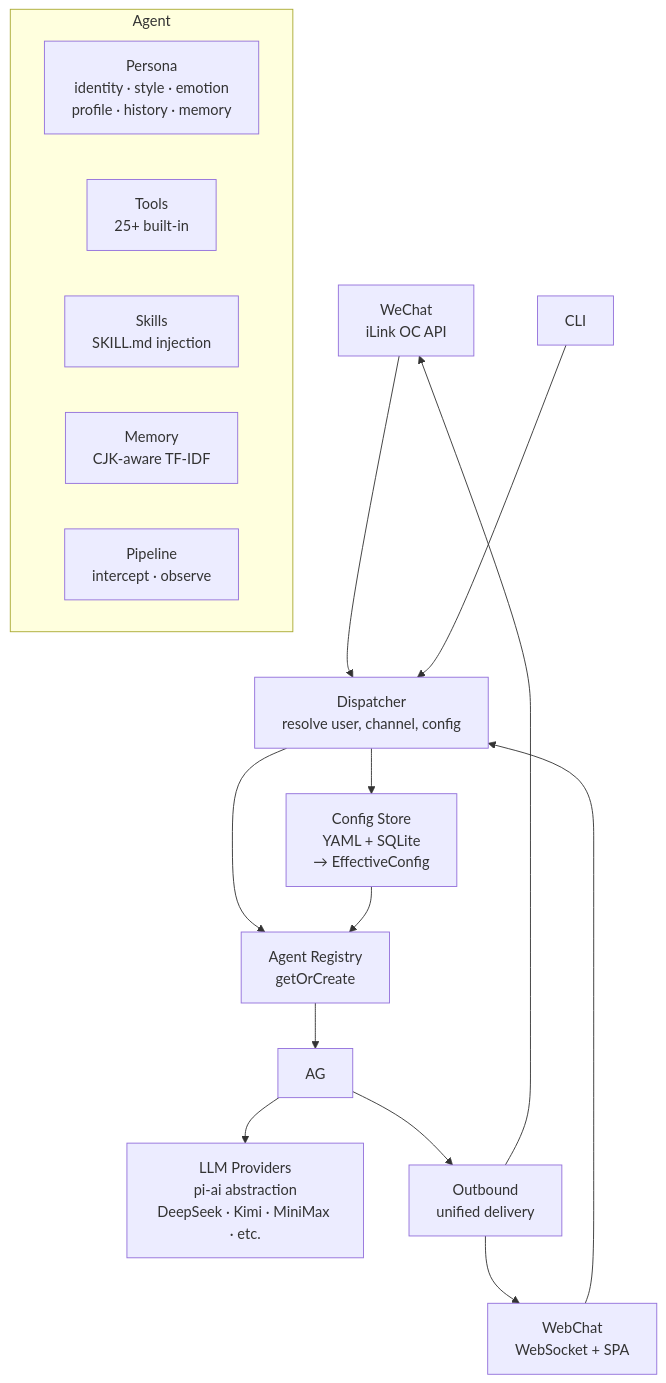
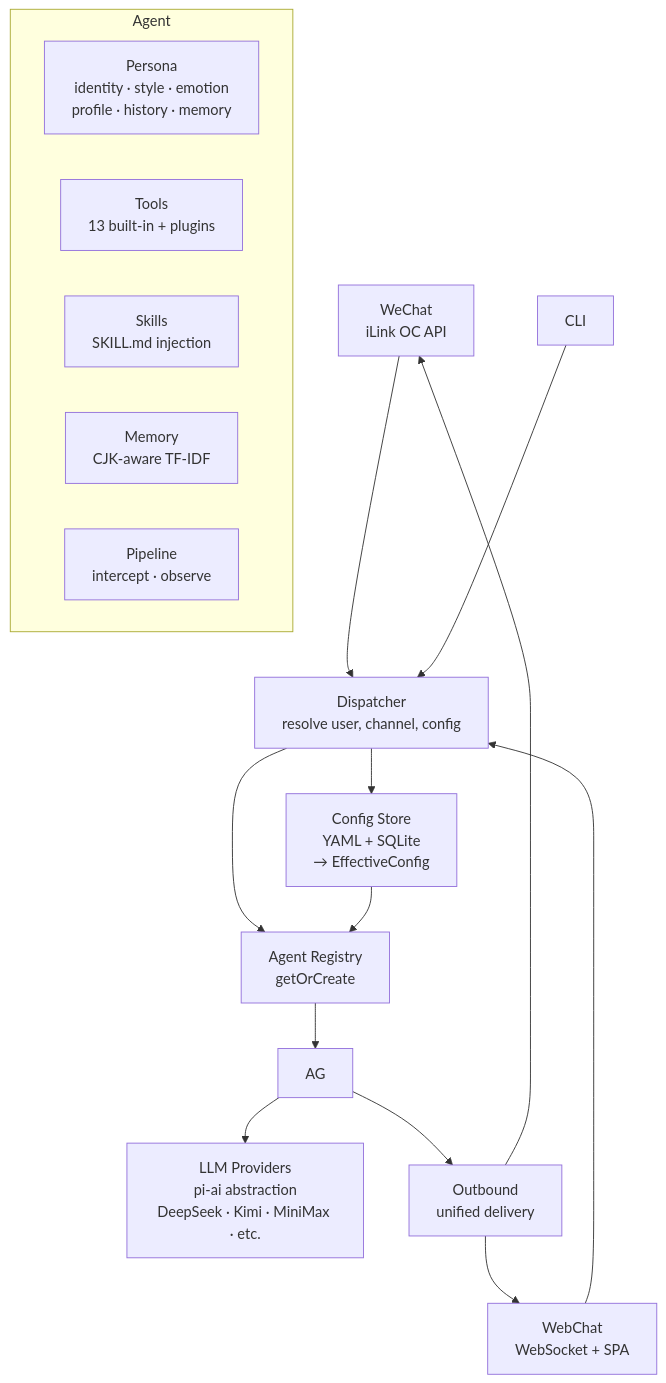
One commit to counhopig/vex-bot changed the diagram in README.md. Above: the diagram before and after it, drawn with Mermaid. The commit also changed other lines of this file and 4 other files, not shown here.

````diff
--- a/README.md
+++ b/README.md
@@ -59,26 +59,26 @@
 ```mermaid
 flowchart TD
     WX[WeChat<br/>iLink OC API] --> DP
     WC[WebChat<br/>WebSocket + SPA] --> DP
     CLI[CLI] --> DP
 
     DP[Dispatcher<br/>resolve user, channel, config] --> AR
     DP --> CF
 
     CF[Config Store<br/>YAML + SQLite<br/>→ EffectiveConfig] --> AR
 
     AR[Agent Registry<br/>getOrCreate] --> AG
 
     subgraph Agent
         PS[Persona<br/>identity · style · emotion<br/>profile · history · memory]
-        TL[Tools<br/>25+ built-in]
+        TL[Tools<br/>13 built-in + plugins]
         SK[Skills<br/>SKILL.md injection]
         MM[Memory<br/>CJK-aware TF-IDF]
         PL[Pipeline<br/>intercept · observe]
     end
 
     AG --> LLM[LLM Providers<br/>pi-ai abstraction<br/>DeepSeek · Kimi · MiniMax · etc.]
     AG --> OB[Outbound<br/>unified delivery]
     OB --> WX
     OB --> WC
 ```
````
